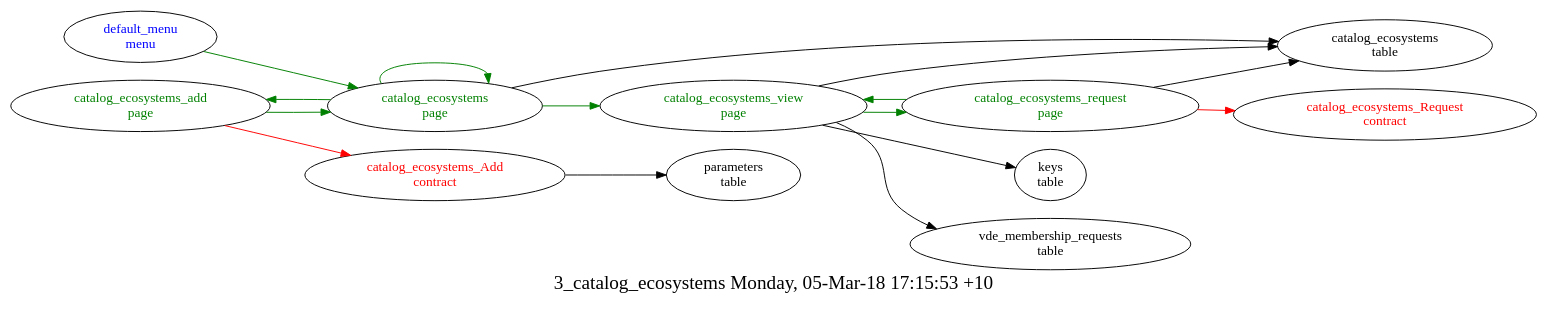
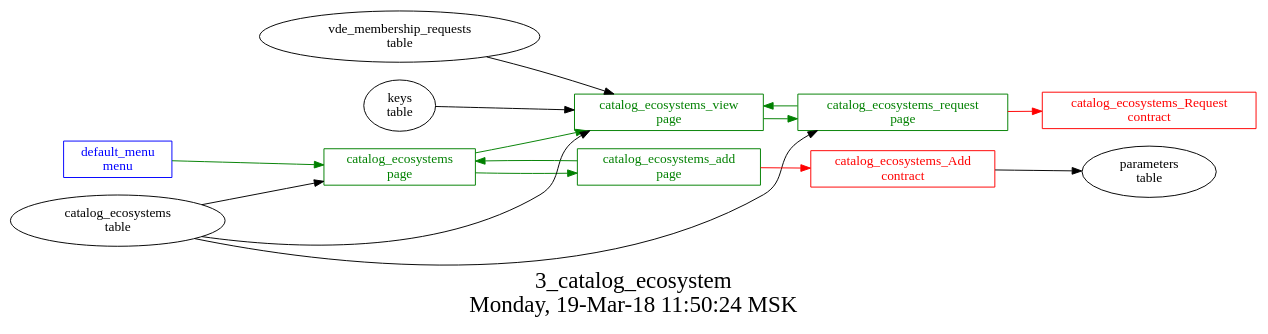
One commit to AplaProject/apps changed the diagram in src/basic/basic_main/3_catalog_ecosystems/struct.dot. Above: the diagram before and after it, drawn with Graphviz. The commit also changed 4 other files, not shown here.

```diff
--- a/src/basic/basic_main/3_catalog_ecosystems/struct.dot
+++ b/src/basic/basic_main/3_catalog_ecosystems/struct.dot
@@ -1,28 +1,32 @@
 digraph G {
-fontsize="20.0";
-label="3_catalog_ecosystems Monday, 05-Mar-18 17:15:53 +10";
-rankdir=LR;
-"catalog_ecosystems_Add\ncontract" -> "parameters\ntable"
-"catalog_ecosystems_Add\ncontract" [fontcolor=red, group=contracts];
-"catalog_ecosystems_Request\ncontract" [fontcolor=red, group=contracts];
+graph [
+  fontsize="24";
+  label="3_catalog_ecosystem\nMonday, 19-Mar-18 11:50:24 MSK";
+  nojustify=true;
+  ordering=out;
+  rankdir=LR;
+  size="30";
+];
 "default_menu\nmenu" -> "catalog_ecosystems\npage"  [ color=green ]
-"default_menu\nmenu" [fontcolor=blue, group=menus];
-"catalog_ecosystems\npage" -> "catalog_ecosystems\ntable"
-"catalog_ecosystems\npage" -> "catalog_ecosystems\npage"  [ color=green ]
+"default_menu\nmenu" [color=blue, fontcolor=blue, group=menus, shape=record];
+"catalog_ecosystems\ntable" -> "catalog_ecosystems\npage"  [ color="" ]
 "catalog_ecosystems\npage" -> "catalog_ecosystems_view\npage"  [ color=green ]
 "catalog_ecosystems\npage" -> "catalog_ecosystems_add\npage"  [ color=green ]
-"catalog_ecosystems\npage" [fontcolor=green, group=pages];
+"catalog_ecosystems\npage" [color=green, fontcolor=green, group=pages, shape=record];
 "catalog_ecosystems_add\npage" -> "catalog_ecosystems_Add\ncontract"  [ color=red ]
 "catalog_ecosystems_add\npage" -> "catalog_ecosystems\npage"  [ color=green ]
-"catalog_ecosystems_add\npage" [fontcolor=green, group=pages];
+"catalog_ecosystems_add\npage" [color=green, fontcolor=green, group=pages, shape=record];
 "catalog_ecosystems_request\npage" -> "catalog_ecosystems_Request\ncontract"  [ color=red ]
-"catalog_ecosystems_request\npage" -> "catalog_ecosystems\ntable"
+"catalog_ecosystems\ntable" -> "catalog_ecosystems_request\npage"  [ color="" ]
 "catalog_ecosystems_request\npage" -> "catalog_ecosystems_view\npage"  [ color=green ]
-"catalog_ecosystems_request\npage" [fontcolor=green, group=pages];
-"catalog_ecosystems_view\npage" -> "catalog_ecosystems\ntable"
-"catalog_ecosystems_view\npage" -> "keys\ntable"
-"catalog_ecosystems_view\npage" -> "vde_membership_requests\ntable"
+"catalog_ecosystems_request\npage" [color=green, fontcolor=green, group=pages, shape=record];
+"catalog_ecosystems\ntable" -> "catalog_ecosystems_view\npage"  [ color="" ]
+"keys\ntable" -> "catalog_ecosystems_view\npage"  [ color="" ]
+"vde_membership_requests\ntable" -> "catalog_ecosystems_view\npage"  [ color="" ]
 "catalog_ecosystems_view\npage" -> "catalog_ecosystems_request\npage"  [ color=green ]
-"catalog_ecosystems_view\npage" [fontcolor=green, group=pages];
-"catalog_ecosystems\ntable" [group=tables];
+"catalog_ecosystems_view\npage" [color=green, fontcolor=green, group=pages, shape=record];
+"catalog_ecosystems_Add\ncontract" -> "parameters\ntable"  [ color="" ]
+"catalog_ecosystems_Add\ncontract" [color=red, fontcolor=red, group=contracts, shape=record];
+"catalog_ecosystems_Request\ncontract" [color=red, fontcolor=red, group=contracts, shape=record];
+"catalog_ecosystems\ntable" [color="", fontcolor="", group=tables, shape=""];
 }
```
